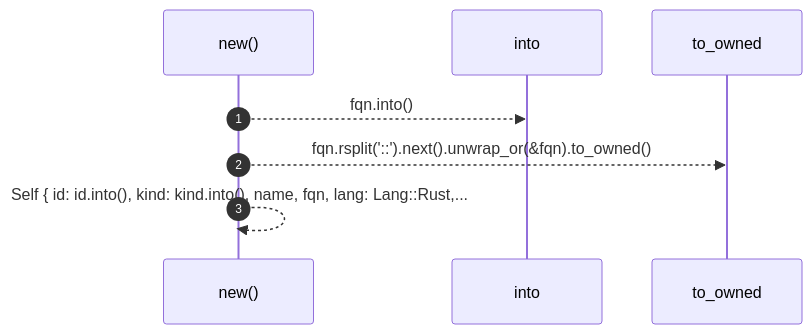
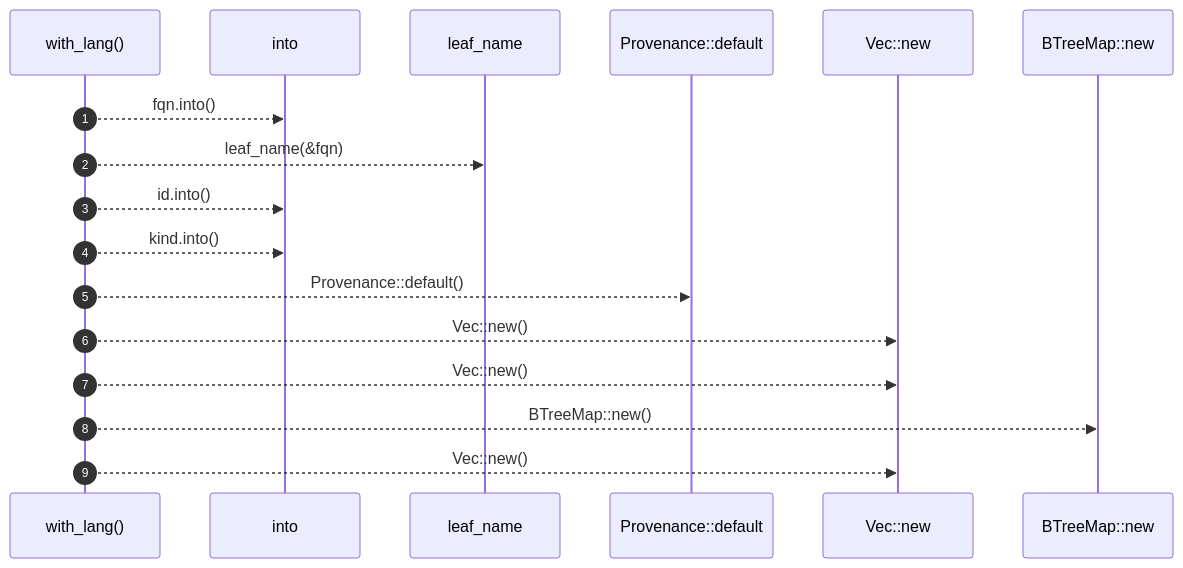
The second of 8 diagrams in docs/self-model/robby_ir/model/impl-node.md (RyanGuild/self-describing-code), drawn with Mermaid before and after one commit. The commit also changed other lines of this file and 1404 other files, not shown here.

````diff
--- a/docs/self-model/robby_ir/model/impl-node.md
+++ b/docs/self-model/robby_ir/model/impl-node.md
@@ -95,10 +161,19 @@
 ```mermaid
 sequenceDiagram
     autonumber
-    participant new as new()
+    participant with_lang as with_lang()
     participant into as into
-    participant to_owned as to_owned
-    new-->>into: fqn.into()
-    new-->>to_owned: fqn.rsplit('::').next().unwrap_or(&fqn).to_owned()
-    new-->>new: Self { id: id.into(), kind: kind.into(), name, fqn, lang: Lang::Rust,...
+    participant leaf_name as leaf_name
+    participant Provenance__default as Provenance::default
+    participant Vec__new as Vec::new
+    participant BTreeMap__new as BTreeMap::new
+    with_lang-->>into: fqn.into()
+    with_lang-->>leaf_name: leaf_name(&fqn)
+    with_lang-->>into: id.into()
+    with_lang-->>into: kind.into()
+    with_lang-->>Provenance__default: Provenance::default()
+    with_lang-->>Vec__new: Vec::new()
+    with_lang-->>Vec__new: Vec::new()
+    with_lang-->>BTreeMap__new: BTreeMap::new()
+    with_lang-->>Vec__new: Vec::new()
 ```
````
